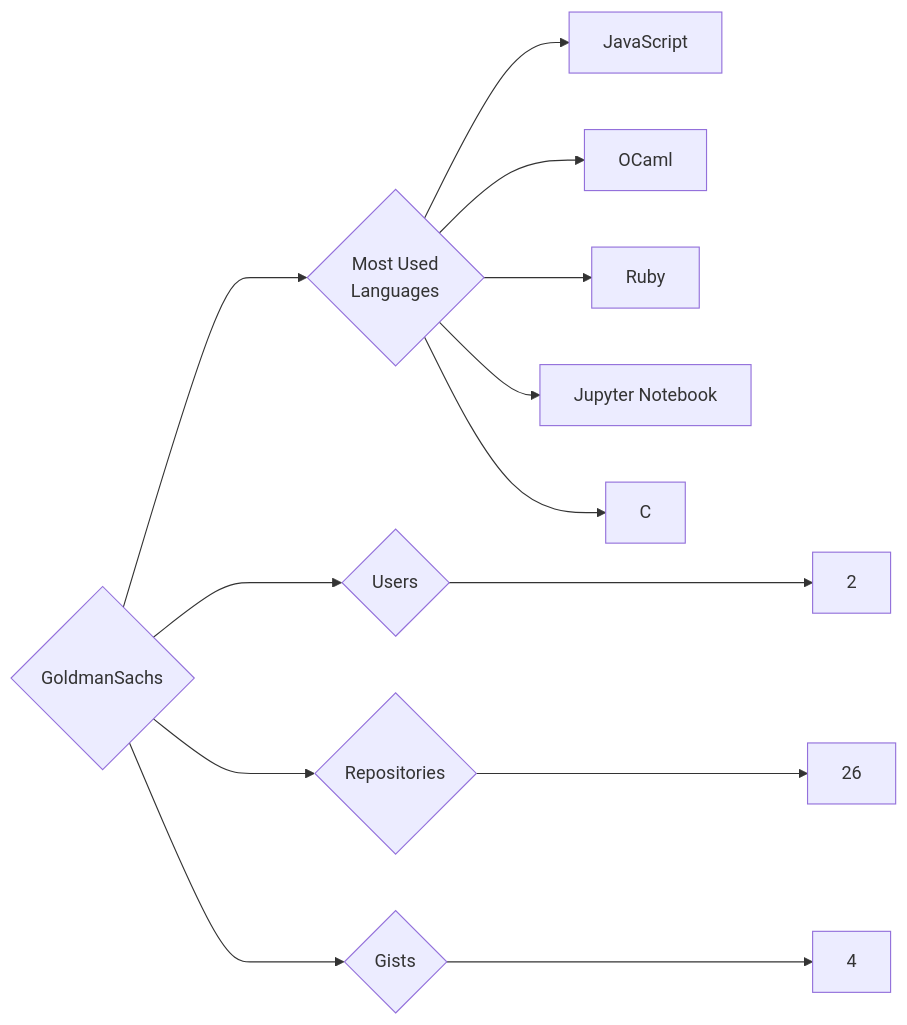
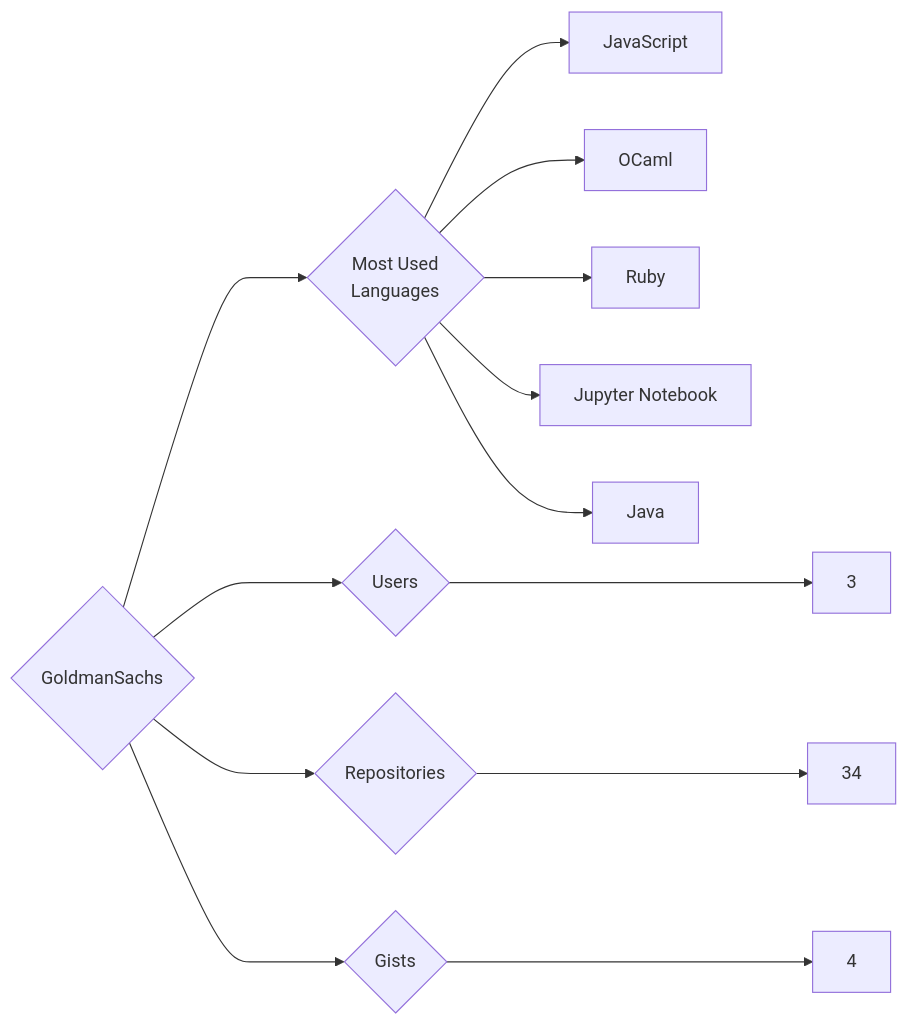
One commit to trickest/insiders changed the diagram in targets/GoldmanSachs/README.md. Above: the diagram before and after it, drawn with Mermaid. The commit also changed 874 other files, not shown here.

````diff
--- a/targets/GoldmanSachs/README.md
+++ b/targets/GoldmanSachs/README.md
@@ -3,13 +3,13 @@
 ```mermaid
 graph LR
 COMPANY_NAME{GoldmanSachs}
-COMPANY_NAME ---> U{Users} ---> UN[2]
-COMPANY_NAME ---> R{Repositories} ---> RN[26]
+COMPANY_NAME ---> U{Users} ---> UN[3]
+COMPANY_NAME ---> R{Repositories} ---> RN[34]
 COMPANY_NAME ---> G{Gists} ---> GN[4]
 COMPANY_NAME ---> ML{Most Used<br>Languages}
 ML --> JavaScript[JavaScript]
 ML --> OCaml[OCaml]
 ML --> Ruby[Ruby]
 ML --> Jupyter_Notebook[Jupyter Notebook]
-ML --> C[C]
+ML --> Java[Java]
 ```
````
